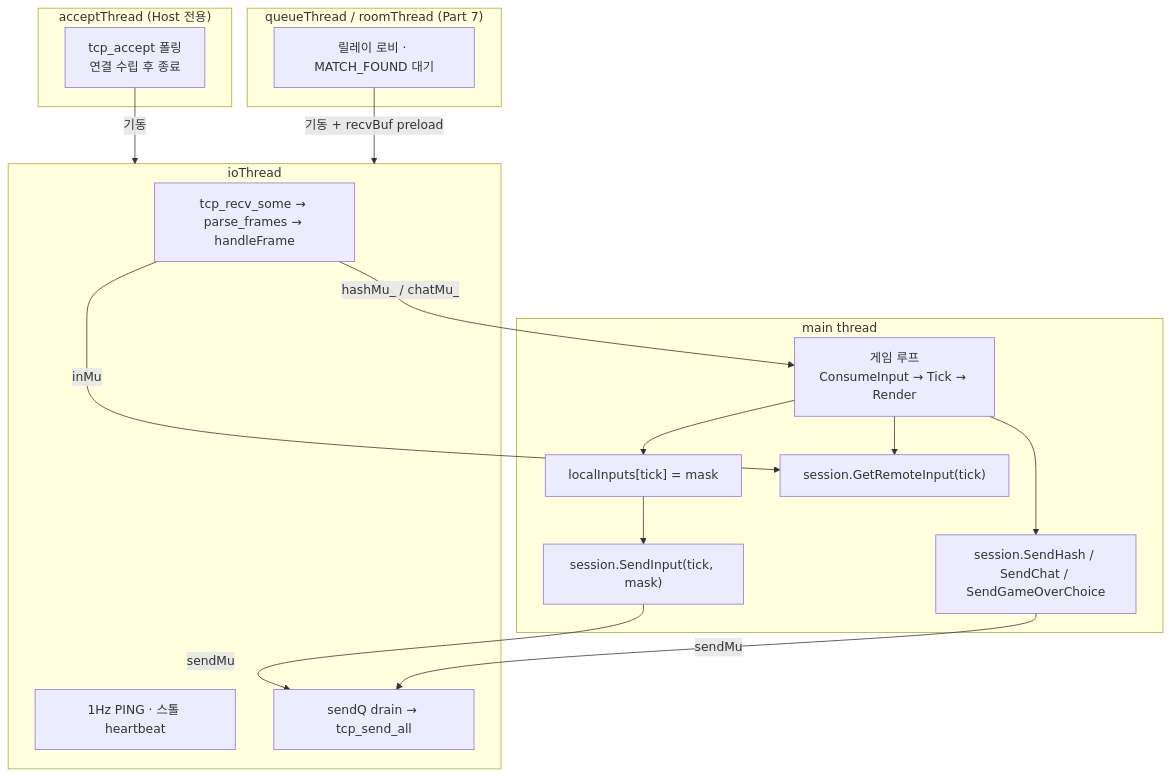
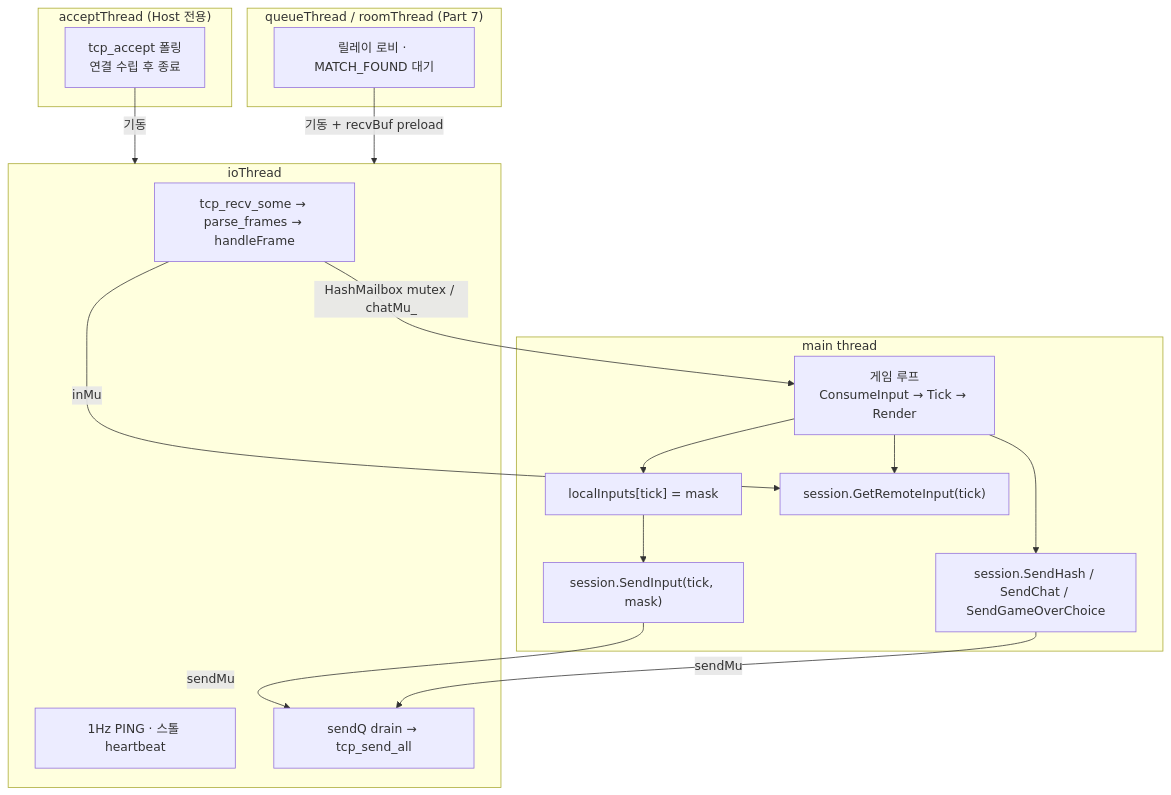
One commit to Rein-ArXiv/Tetris-Multiplayer-RL changed the fifth of 10 diagrams in docs/blog/part6-lockstep-networking.md. Above: the diagram before and after it, drawn with Mermaid. The commit also changed other lines of this file and 51035 other files, not shown here.

````diff
--- a/docs/blog/part6-lockstep-networking.md
+++ b/docs/blog/part6-lockstep-networking.md
@@ -1324,31 +1373,31 @@
 ```mermaid
 graph TB
     subgraph MAIN["main thread"]
         A["게임 루프<br/>ConsumeInput → Tick → Render"]
         B["localInputs[tick] = mask"]
         C["session.SendInput(tick, mask)"]
         D["session.GetRemoteInput(tick)"]
         E["session.SendHash / SendChat / SendGameOverChoice"]
     end
     subgraph ACC["acceptThread (Host 전용)"]
         F["tcp_accept 폴링<br/>연결 수립 후 종료"]
     end
     subgraph IO["ioThread"]
         G["tcp_recv_some → parse_frames → handleFrame"]
         H["1Hz PING · 스톨 heartbeat"]
         I["sendQ drain → tcp_send_all"]
     end
     subgraph LOBBY["queueThread / roomThread (Part 7)"]
         J["릴레이 로비 · MATCH_FOUND 대기"]
     end
 
     A --> B --> C
     A --> D
     A --> E
     C -->|"sendMu"| I
     E -->|"sendMu"| I
     G -->|"inMu"| D
-    G -->|"hashMu_ / chatMu_"| A
+    G -->|"HashMailbox mutex / chatMu_"| A
     F -->|"기동"| IO
     J -->|"기동 + recvBuf preload"| IO
 ```
````
